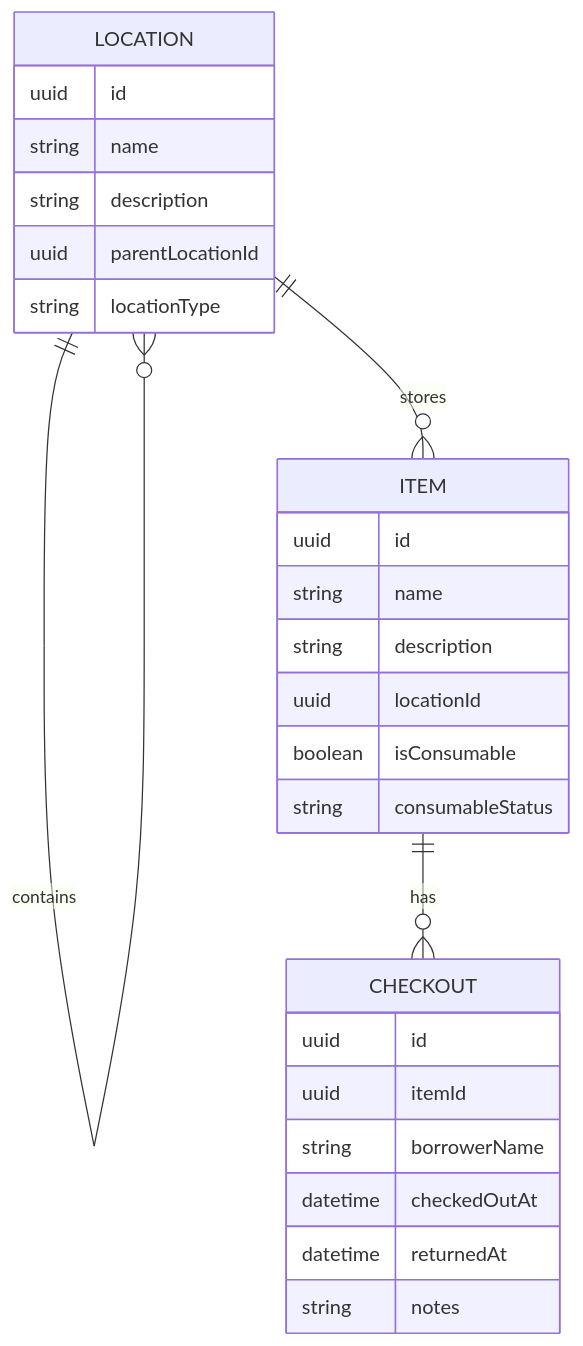
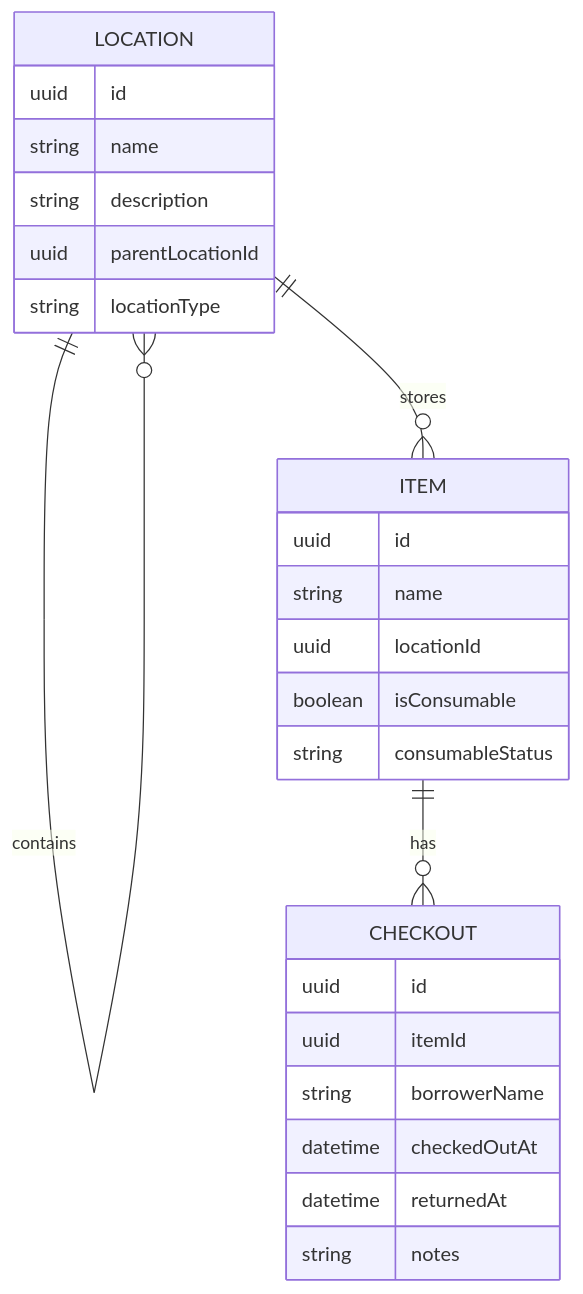
Before and after one commit to jayajosh/Toolbox: the second of 2 diagrams in README.md, drawn with Mermaid. The commit also changed other lines of this file and 38 other files, not shown here.

````diff
--- a/README.md
+++ b/README.md
@@ -129,32 +128,31 @@
 ```mermaid
 erDiagram
     LOCATION ||--o{ LOCATION : contains
     LOCATION ||--o{ ITEM : stores
     ITEM ||--o{ CHECKOUT : has
 
     LOCATION {
         uuid id
         string name
         string description
         uuid parentLocationId
         string locationType
     }
 
     ITEM {
         uuid id
         string name
-        string description
         uuid locationId
         boolean isConsumable
         string consumableStatus
     }
 
     CHECKOUT {
         uuid id
         uuid itemId
         string borrowerName
         datetime checkedOutAt
         datetime returnedAt
         string notes
     }
 ```
````
